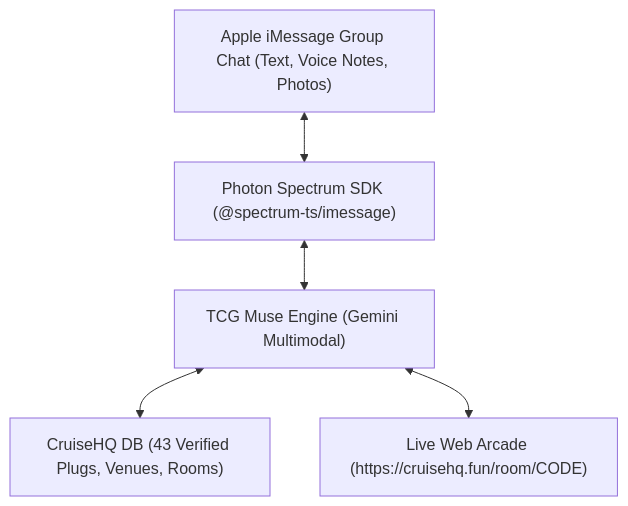
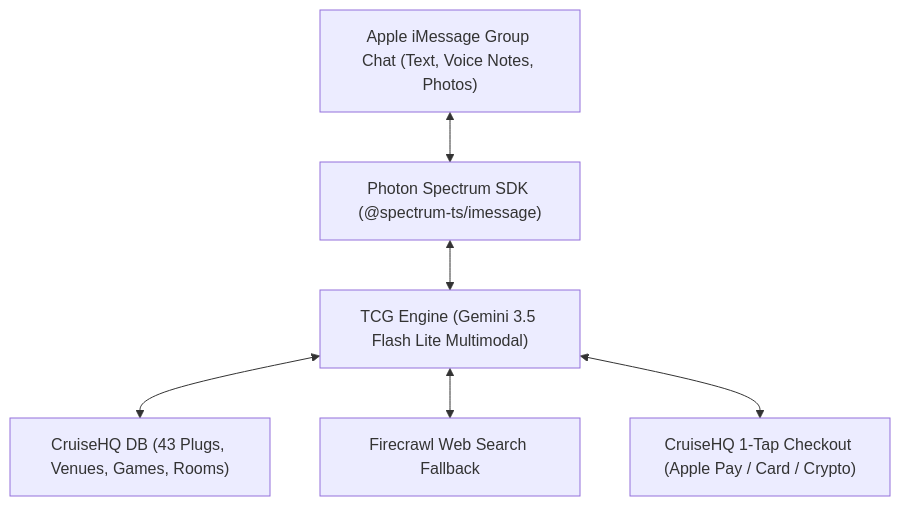
One commit to Kryptopacy/tcg-the-cruise-god changed the diagram in README.md. Above: the diagram before and after it, drawn with Mermaid. The commit also changed other lines of this file, not shown here.

````diff
--- a/README.md
+++ b/README.md
@@ -61,7 +66,8 @@
 ```mermaid
 flowchart TD
     User["Apple iMessage Group Chat (Text, Voice Notes, Photos)"] <--> Spectrum["Photon Spectrum SDK (@spectrum-ts/imessage)"]
-    Spectrum <--> TCG["TCG Muse Engine (Gemini Multimodal)"]
-    TCG <--> CruiseHQ["CruiseHQ DB (43 Verified Plugs, Venues, Rooms)"]
-    TCG <--> Rooms["Live Web Arcade (https://cruisehq.fun/room/CODE)"]
+    Spectrum <--> TCG["TCG Engine (Gemini 3.5 Flash Lite Multimodal)"]
+    TCG <--> CruiseHQ["CruiseHQ DB (43 Plugs, Venues, Games, Rooms)"]
+    TCG <--> Firecrawl["Firecrawl Web Search Fallback"]
+    TCG <--> Checkout["CruiseHQ 1-Tap Checkout (Apple Pay / Card / Crypto)"]
 ```
````
